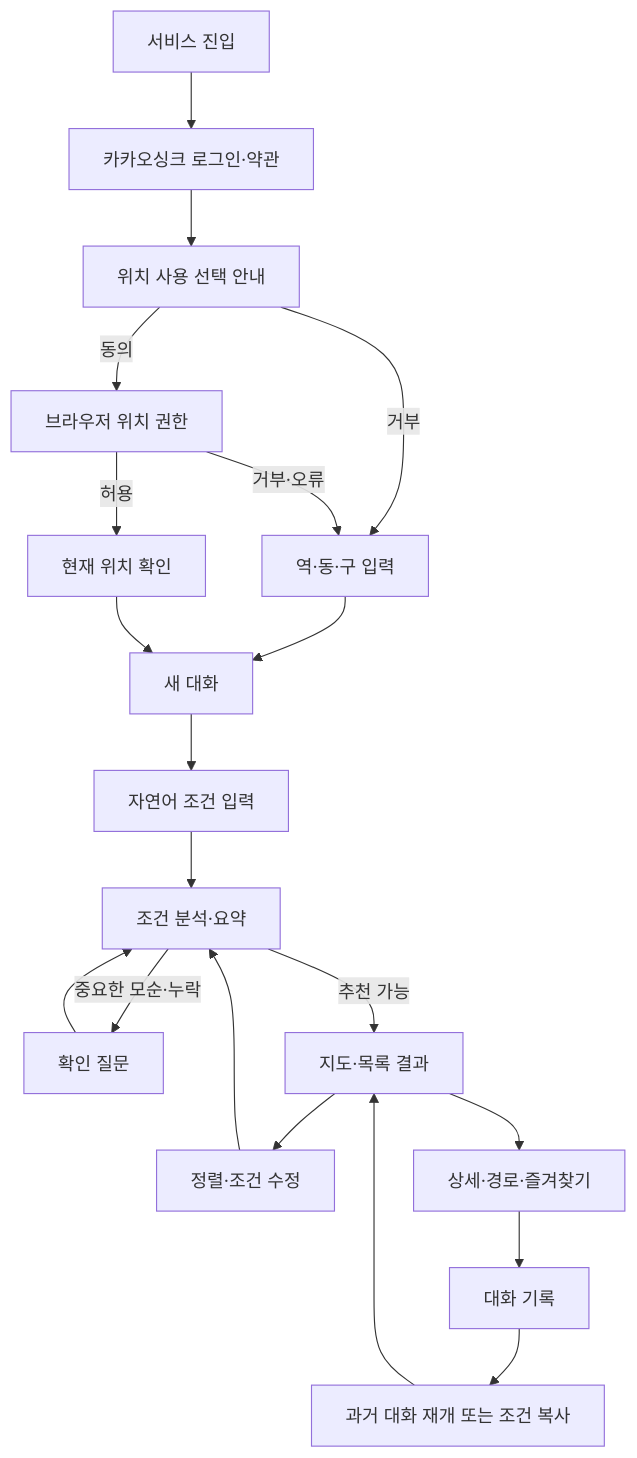
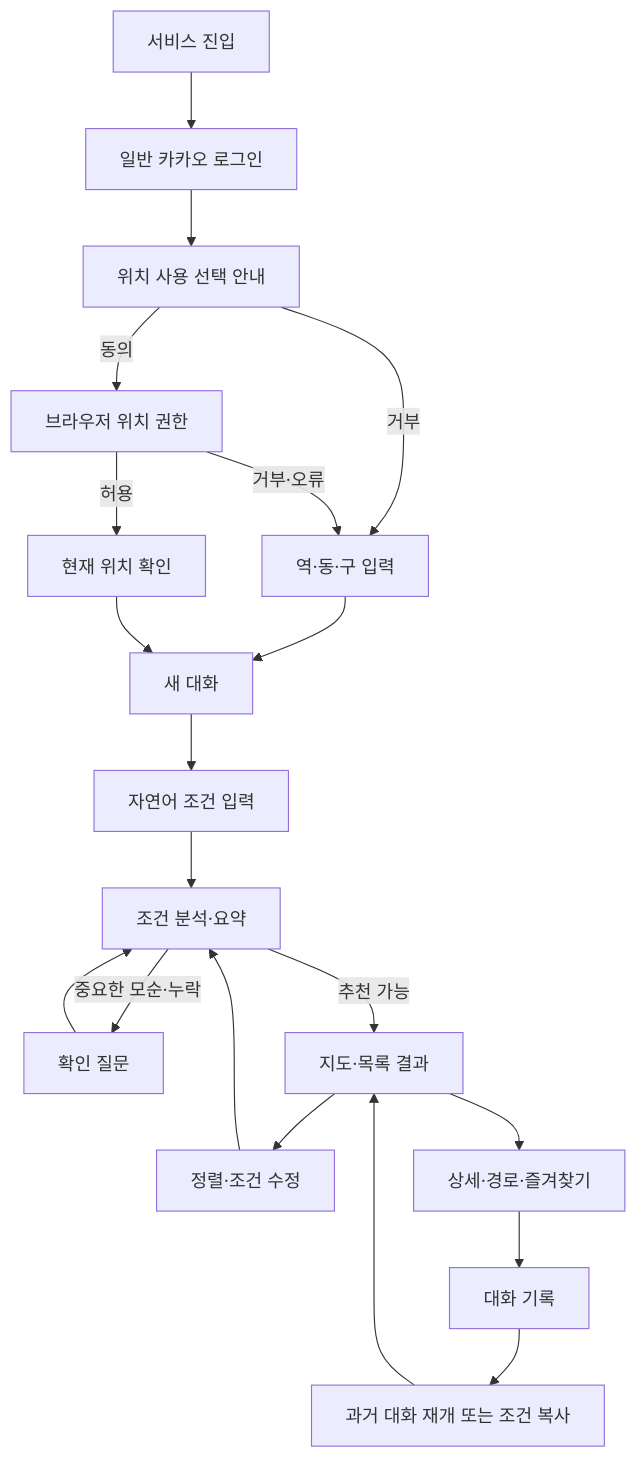
The diagram in docs/01-experience/user-journey.md (minhyeok328/Bread_map), drawn with Mermaid before and after one commit. The commit also changed other lines of this file and 5 other files, not shown here.

````diff
--- a/docs/01-experience/user-journey.md
+++ b/docs/01-experience/user-journey.md
@@ -19,22 +19,22 @@
 ```mermaid
 flowchart TD
-    A["서비스 진입"] --> B["카카오싱크 로그인·약관"]
+    A["서비스 진입"] --> B["일반 카카오 로그인"]
     B --> C["위치 사용 선택 안내"]
     C -->|"동의"| D["브라우저 위치 권한"]
     C -->|"거부"| E["역·동·구 입력"]
     D -->|"허용"| F["현재 위치 확인"]
     D -->|"거부·오류"| E
     E --> G["새 대화"]
     F --> G
     G --> H["자연어 조건 입력"]
     H --> I["조건 분석·요약"]
     I -->|"중요한 모순·누락"| J["확인 질문"]
     J --> I
     I -->|"추천 가능"| K["지도·목록 결과"]
     K --> L["정렬·조건 수정"]
     L --> I
     K --> M["상세·경로·즐겨찾기"]
     M --> N["대화 기록"]
     N --> O["과거 대화 재개 또는 조건 복사"]
     O --> K
 ```
````
